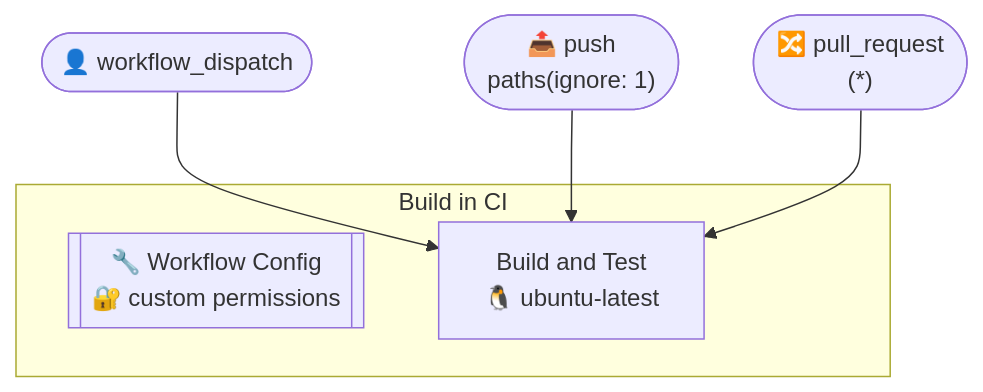
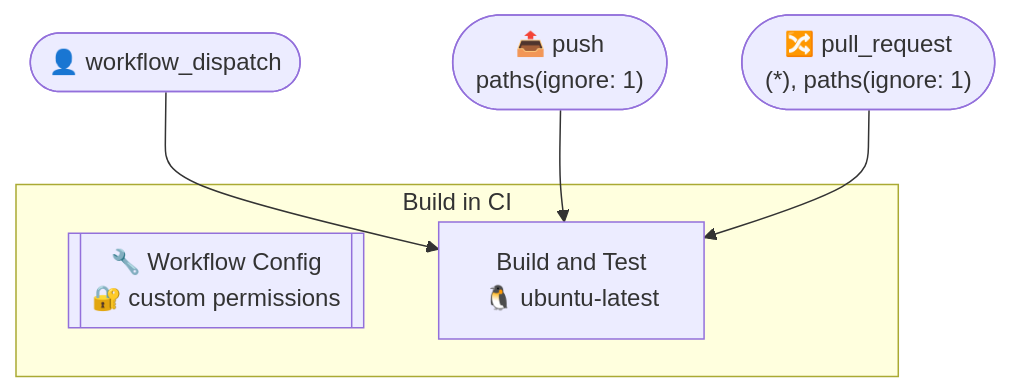
One commit to http4k/standards changed the first of 2 diagrams in .github/typeflows/build/README.md. Above: the diagram before and after it, drawn with Mermaid. The commit also changed 6 other files, not shown here.

````diff
--- a/.github/typeflows/build/README.md
+++ b/.github/typeflows/build/README.md
@@ -3,14 +3,14 @@
 ```mermaid
 %%{init: {"flowchart": {"curve": "basis"}}}%%
 flowchart TD
     workflowdispatch(["👤 workflow_dispatch"])
     push(["📤 push<br/>paths(ignore: 1)"])
-    pullrequest(["🔀 pull_request<br/>(*)"])
+    pullrequest(["🔀 pull_request<br/>(*), paths(ignore: 1)"])
     subgraph buildyml["Build in CI"]
         buildyml_metadata[["🔧 Workflow Config<br/>🔐 custom permissions"]]
         buildyml_build["Build and Test<br/>🐧 ubuntu-latest"]
     end
     workflowdispatch --> buildyml_build
     push --> buildyml_build
     pullrequest --> buildyml_build
 ```
````
